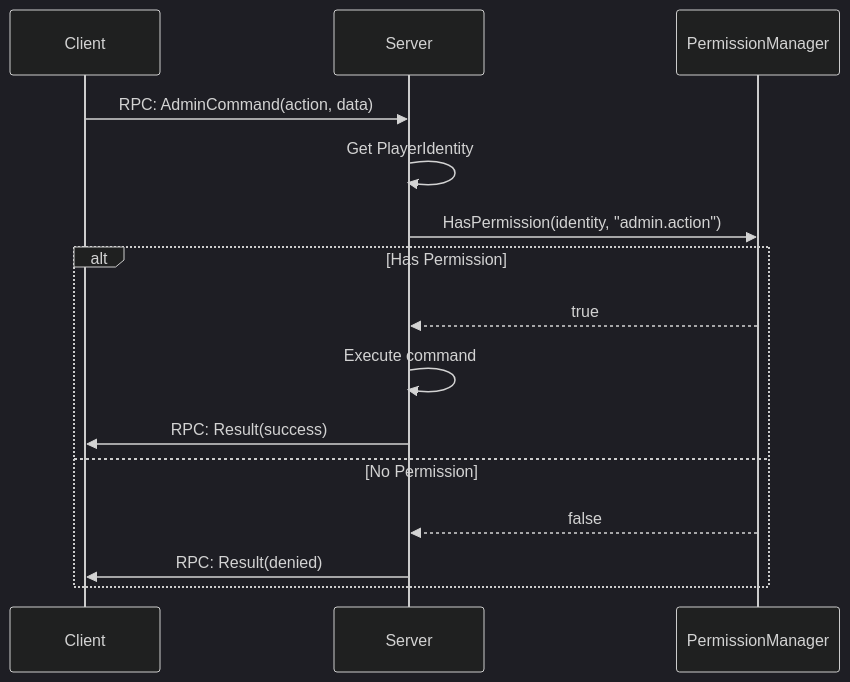
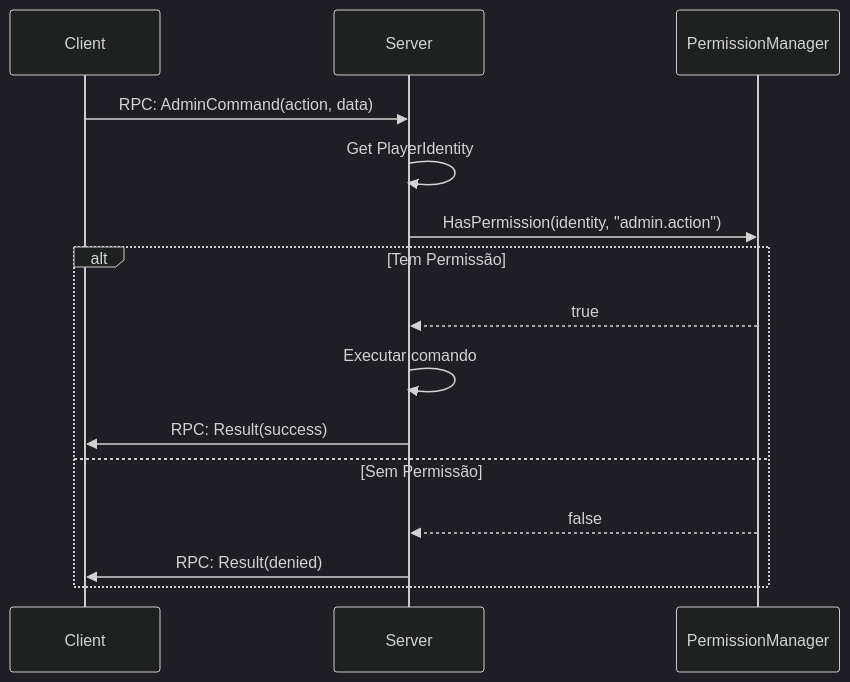
One commit to StarDZ-Team/DayZ-Modding-Wiki changed the diagram in pt/06-engine-api/22-admin-server.md. Above: the diagram before and after it, drawn with Mermaid (dark theme). The commit also changed other lines of this file and 12 other files, not shown here.

````diff
--- a/pt/06-engine-api/22-admin-server.md
+++ b/pt/06-engine-api/22-admin-server.md
@@ -374,18 +374,18 @@
 ```mermaid
 sequenceDiagram
     participant C as Client
     participant S as Server
     participant P as PermissionManager
 
     C->>S: RPC: AdminCommand(action, data)
     S->>S: Get PlayerIdentity
     S->>P: HasPermission(identity, "admin.action")
-    alt Has Permission
+    alt Tem Permissão
         P-->>S: true
-        S->>S: Execute command
+        S->>S: Executar comando
         S->>C: RPC: Result(success)
-    else No Permission
+    else Sem Permissão
         P-->>S: false
         S->>C: RPC: Result(denied)
     end
 ```
````
